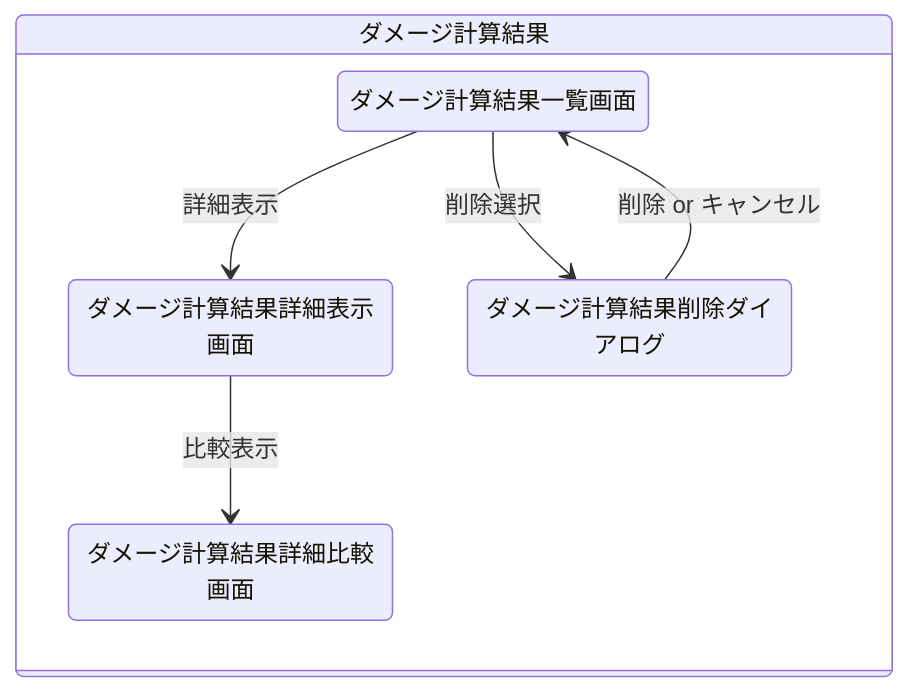
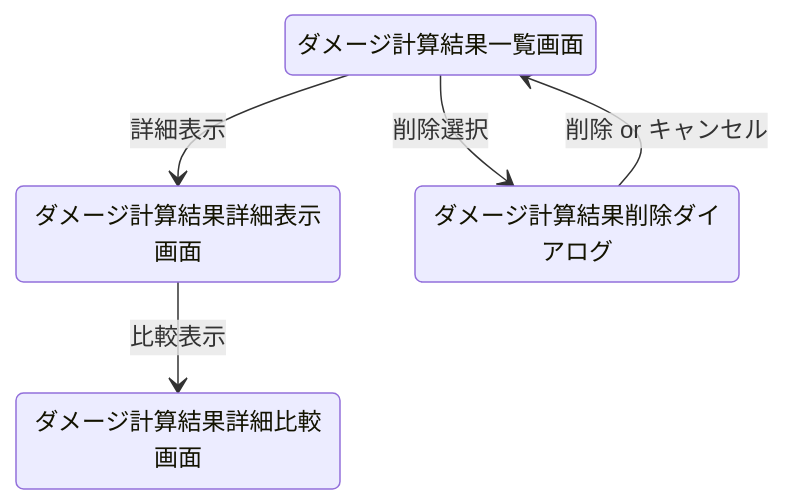
The fifth of 6 diagrams in README.md (Ryosuke-Yamasaki/Genshin-Desktop-App), drawn with Mermaid before and after one commit. The commit also changed other lines of this file, not shown here.

````diff
--- a/README.md
+++ b/README.md
@@ -280,9 +280,7 @@
 ```mermaid
 stateDiagram-v2
-  state ダメージ計算結果 {
-    ダメージ計算結果一覧画面 --> ダメージ計算結果詳細表示画面 : 詳細表示
-    ダメージ計算結果詳細表示画面 --> ダメージ計算結果詳細比較画面 : 比較表示
-    ダメージ計算結果一覧画面 --> ダメージ計算結果削除ダイアログ : 削除選択
-    ダメージ計算結果削除ダイアログ --> ダメージ計算結果一覧画面 : 削除 or キャンセル
-  }
+  ダメージ計算結果一覧画面 --> ダメージ計算結果詳細表示画面 : 詳細表示
+  ダメージ計算結果詳細表示画面 --> ダメージ計算結果詳細比較画面 : 比較表示
+  ダメージ計算結果一覧画面 --> ダメージ計算結果削除ダイアログ : 削除選択
+  ダメージ計算結果削除ダイアログ --> ダメージ計算結果一覧画面 : 削除 or キャンセル
 ```
````
